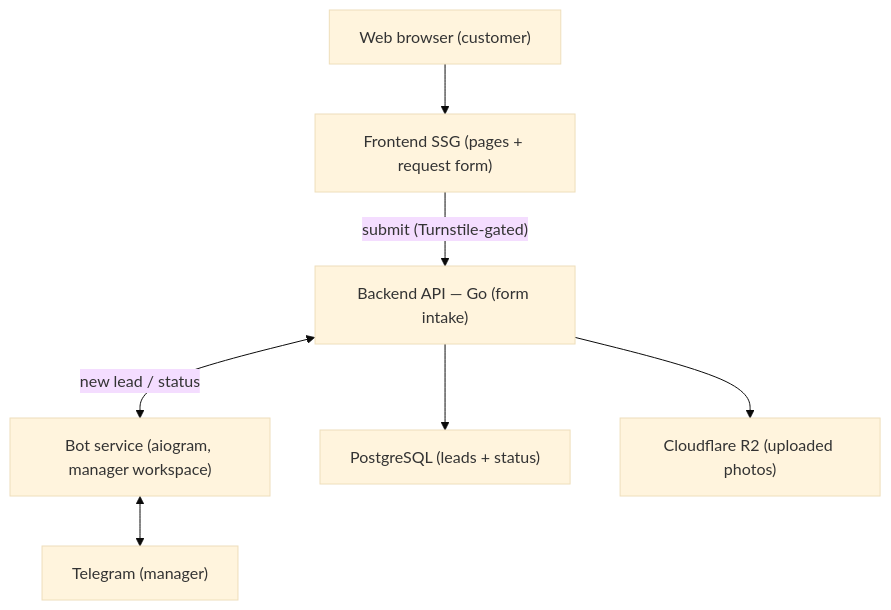
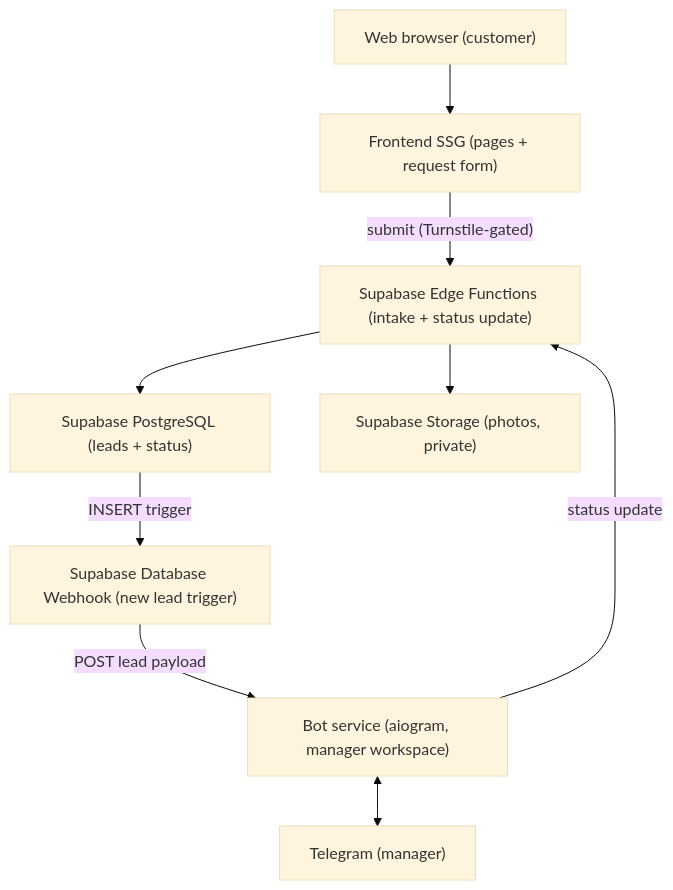
One commit to AQUILA-SOFTWARE-UKRAINE/workflow_luxora_website changed the diagram in glob_PLAN.md. Above: the diagram before and after it, drawn with Mermaid (base theme). The commit also changed other lines of this file, not shown here.

````diff
--- a/glob_PLAN.md
+++ b/glob_PLAN.md
@@ -89,17 +93,20 @@
 ```mermaid
 flowchart TD
     Browser["Web browser (customer)"]
     Telegram["Telegram (manager)"]
     FE["Frontend SSG (pages + request form)"]
     Bot["Bot service (aiogram, manager workspace)"]
-    API["Backend API — Go (form intake)"]
-    PG["PostgreSQL (leads + status)"]
-    OBJ["Cloudflare R2 (uploaded photos)"]
+    EF["Supabase Edge Functions (intake + status update)"]
+    PG["Supabase PostgreSQL (leads + status)"]
+    ST["Supabase Storage (photos, private)"]
+    WH["Supabase Database Webhook (new lead trigger)"]
 
     Browser --> FE
-    FE -- "submit (Turnstile-gated)" --> API
-    API --> PG
-    API --> OBJ
-    API <-- "new lead / status" --> Bot
+    FE -- "submit (Turnstile-gated)" --> EF
+    EF --> PG
+    EF --> ST
+    PG -- "INSERT trigger" --> WH
+    WH -- "POST lead payload" --> Bot
     Bot <--> Telegram
+    Bot -- "status update" --> EF
 ```
````
